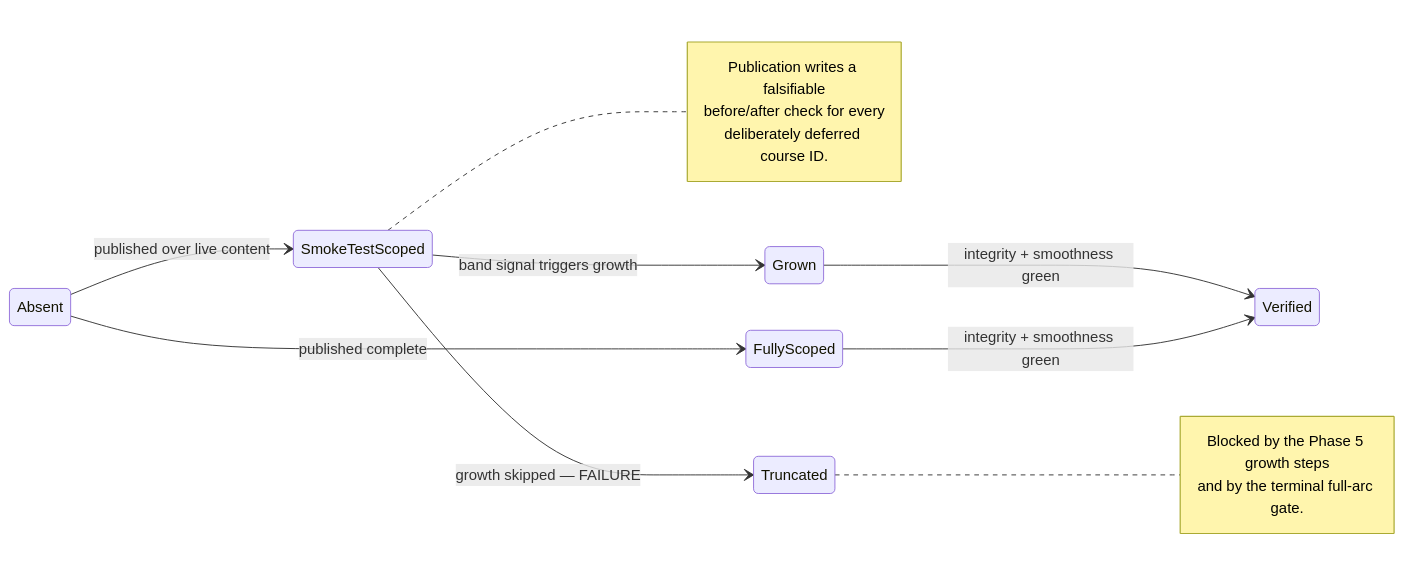
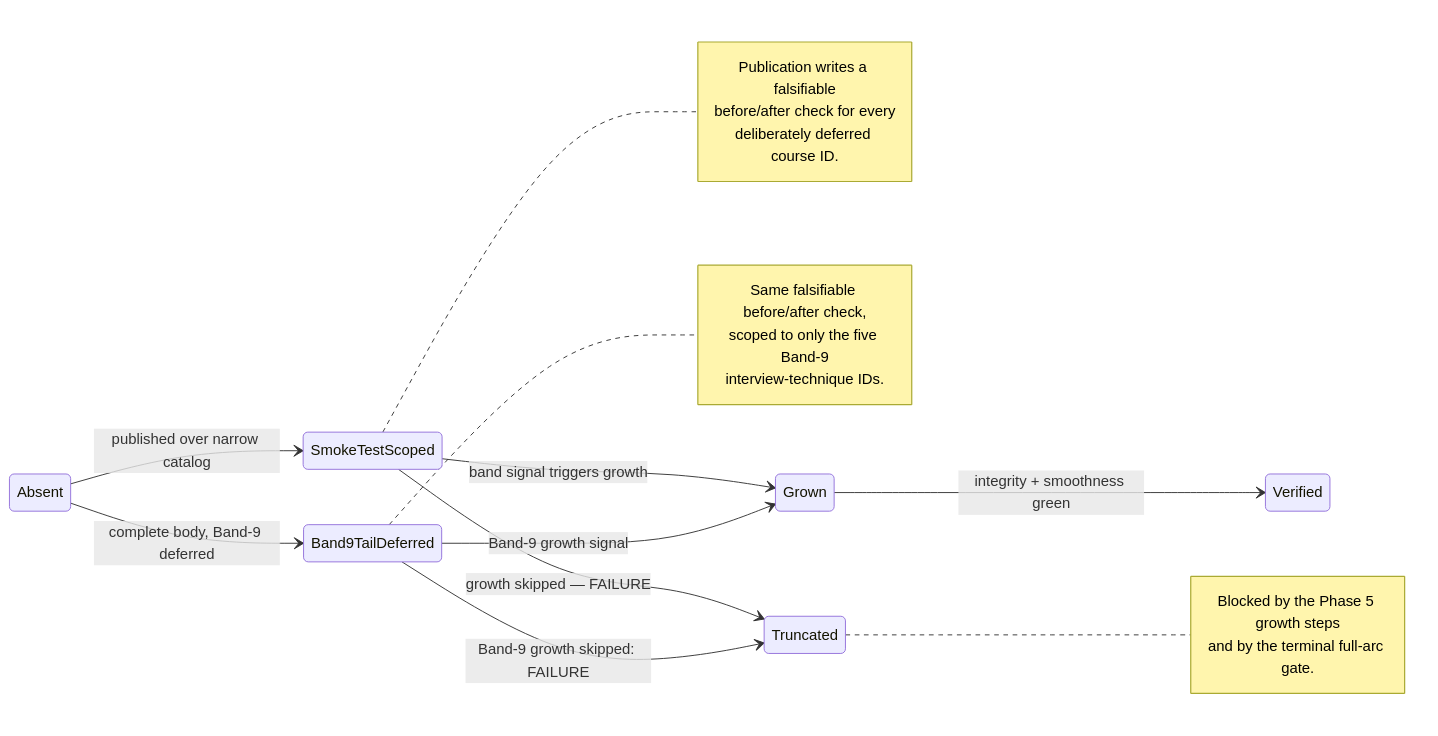
Before and after one commit to wahidyankf/baseerah: the fourth of 5 diagrams in plans/backlog/ayokoding-learning-path-05-manifests/tech-docs.md, drawn with Mermaid. The commit also changed other lines of this file and 28 other files, not shown here.

````diff
--- a/plans/backlog/ayokoding-learning-path-05-manifests/tech-docs.md
+++ b/plans/backlog/ayokoding-learning-path-05-manifests/tech-docs.md
@@ -330,21 +336,27 @@
 ```mermaid
 %% Lifecycle of a single path manifest. The Truncated end-state is what the growth phase prevents.
 stateDiagram-v2
     direction LR
-    Absent --> SmokeTestScoped: published over live content
-    Absent --> FullyScoped: published complete
+    Absent --> SmokeTestScoped: published over narrow catalog
+    Absent --> Band9TailDeferred: complete body, Band-9 deferred
     SmokeTestScoped --> Grown: band signal triggers growth
     SmokeTestScoped --> Truncated: growth skipped — FAILURE
+    Band9TailDeferred --> Grown: Band-9 growth signal
+    Band9TailDeferred --> Truncated: Band-9 growth skipped: FAILURE
     Grown --> Verified: integrity + smoothness green
-    FullyScoped --> Verified: integrity + smoothness green
 
     note right of SmokeTestScoped
         Publication writes a falsifiable
         before/after check for every
         deliberately deferred course ID.
     end note
+    note right of Band9TailDeferred
+        Same falsifiable before/after check,
+        scoped to only the five Band-9
+        interview-technique IDs.
+    end note
     note right of Truncated
         Blocked by the Phase 5 growth steps
         and by the terminal full-arc gate.
     end note
 ```
````
